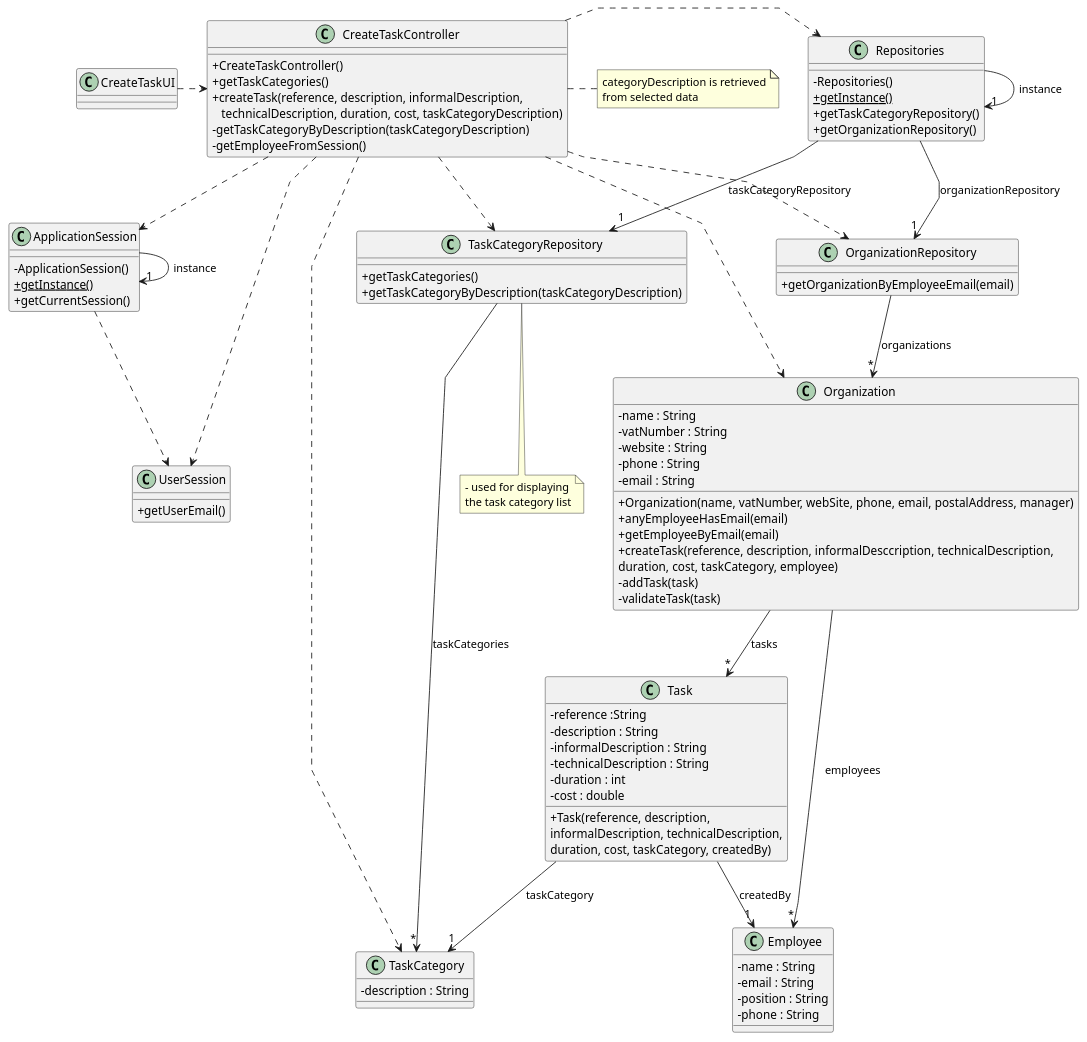
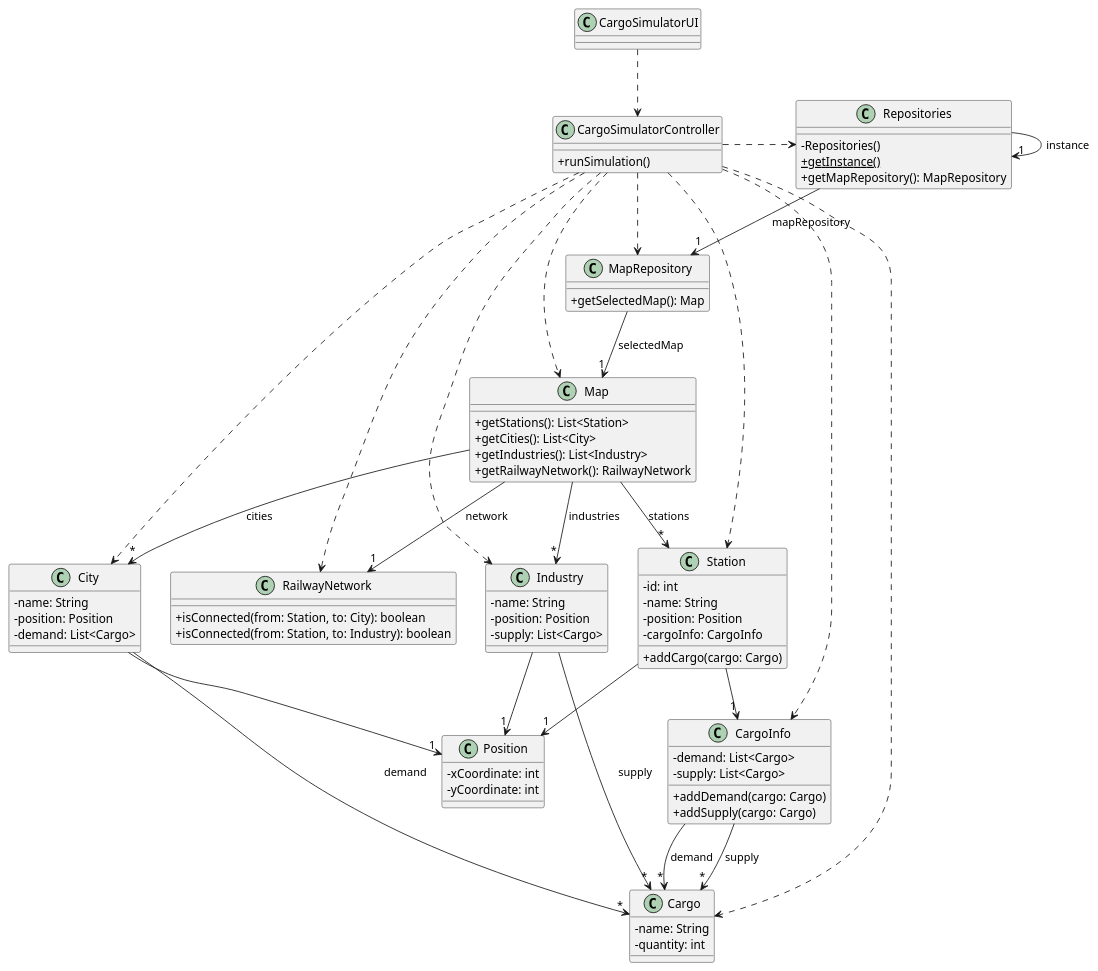
Before and after one commit to 1240935/pi2-railway-simulator: the diagram in Sprint2/US012/03.design/puml/US012-CD.puml, drawn with PlantUML.

Commit message:
US012-CD.puml finished

```diff
--- a/Sprint2/US012/03.design/puml/US012-CD.puml
+++ b/Sprint2/US012/03.design/puml/US012-CD.puml
@@ -1,126 +1,101 @@
 @startuml
-'skinparam monochrome true
-skinparam packageStyle rectangle
-skinparam shadowing false
-skinparam linetype polyline
-'skinparam linetype orto
-
 skinparam classAttributeIconSize 0
 
-'left to right direction
-
-class ApplicationSession
-{
-    - ApplicationSession()
-    + {static} getInstance()
-    + getCurrentSession()
+class CargoSimulatorUI {
 }
 
-class UserSession
-{
-    + getUserEmail()
-}
-
-class Employee {
-    - name : String
-    - email : String
-    - position : String
-    - phone : String
-}
-
-class Task {
-    - reference :String
-    - description : String
-    - informalDescription : String
-    - technicalDescription : String
-    - duration : int
-    - cost : double
-
-    + Task(reference, description,\ninformalDescription, technicalDescription,\nduration, cost, taskCategory, createdBy)
-}
-
-class TaskCategory {
-    - description : String
-}
-
-class Organization {
-    - name : String
-    - vatNumber : String
-    - website : String
-    - phone : String
-    - email : String
-
-    + Organization(name, vatNumber, webSite, phone, email, postalAddress, manager)
-    + anyEmployeeHasEmail(email)
-    + getEmployeeByEmail(email)
-    + createTask(reference, description, informalDesccription, technicalDescription, \nduration, cost, taskCategory, employee)
-    - addTask(task)
-    - validateTask(task)
-}
-
-class TaskCategoryRepository {
-    + getTaskCategories()
-    + getTaskCategoryByDescription(taskCategoryDescription)
-}
-
-class OrganizationRepository {
-    + getOrganizationByEmployeeEmail(email)
+class CargoSimulatorController {
+  +runSimulation()
 }
 
 class Repositories {
-    - Repositories()
-    + {static} getInstance()
-    + getTaskCategoryRepository()
-    + getOrganizationRepository()
+  - Repositories()
+  + {static} getInstance()
+  + getMapRepository(): MapRepository
 }
 
-class CreateTaskController {
-    + CreateTaskController()
-    + getTaskCategories()
-    + createTask(reference, description, informalDescription, \n   technicalDescription, duration, cost, taskCategoryDescription)
-    - getTaskCategoryByDescription(taskCategoryDescription)
-    - getEmployeeFromSession()
+class MapRepository {
+  +getSelectedMap(): Map
 }
 
-note right of CreateTaskController
-    categoryDescription is retrieved
-    from selected data
-end note
-
-note bottom of TaskCategoryRepository
-    - used for displaying
-    the task category list
-end note
-
-class CreateTaskUI {
+class Map {
+  +getStations(): List<Station>
+  +getCities(): List<City>
+  +getIndustries(): List<Industry>
+  +getRailwayNetwork(): RailwayNetwork
 }
 
-CreateTaskUI .> CreateTaskController
+class Station {
+  - id: int
+  - name: String
+  - position: Position
+  - cargoInfo: CargoInfo
+  + addCargo(cargo: Cargo)
+}
 
-CreateTaskController ..> ApplicationSession
-CreateTaskController ..> UserSession
-CreateTaskController ..> TaskCategory
-CreateTaskController ..> TaskCategoryRepository
-CreateTaskController ..> Organization
-CreateTaskController ..> OrganizationRepository
-CreateTaskController .> Repositories
+class City {
+  - name: String
+  - position: Position
+  - demand: List<Cargo>
+}
 
+class Industry {
+  - name: String
+  - position: Position
+  - supply: List<Cargo>
+}
+
+class Position {
+  - xCoordinate: int
+  - yCoordinate: int
+}
+
+class RailwayNetwork {
+  +isConnected(from: Station, to: City): boolean
+  +isConnected(from: Station, to: Industry): boolean
+}
+
+class CargoInfo {
+  - demand: List<Cargo>
+  - supply: List<Cargo>
+  + addDemand(cargo: Cargo)
+  + addSupply(cargo: Cargo)
+}
+
+class Cargo {
+  - name: String
+  - quantity: int
+}
+
+CargoSimulatorUI ..> CargoSimulatorController
+CargoSimulatorController .> Repositories
+CargoSimulatorController ..> MapRepository
+CargoSimulatorController ..> Map
+CargoSimulatorController ..> Station
+CargoSimulatorController ..> City
+CargoSimulatorController ..> Industry
+CargoSimulatorController ..> RailwayNetwork
+CargoSimulatorController ..> Cargo
+CargoSimulatorController ..> CargoInfo
+
+Repositories --> "1" MapRepository : mapRepository
 Repositories -> "1" Repositories : instance
-Repositories --> "1" OrganizationRepository : organizationRepository
-Repositories -> "1" TaskCategoryRepository : taskCategoryRepository
 
-ApplicationSession -> "1" ApplicationSession : instance
-ApplicationSession ..> UserSession
+MapRepository --> "1" Map : selectedMap
+Map --> "*" Station : stations
+Map --> "*" City : cities
+Map --> "*" Industry : industries
+Map --> "1" RailwayNetwork : network
 
-TaskCategoryRepository --> "*" TaskCategory : taskCategories
+Station --> "1" Position
+City --> "1" Position
+Industry --> "1" Position
 
-OrganizationRepository --> "*" Organization : organizations
+Station --> "1" CargoInfo
+CargoInfo --> "*" Cargo : demand
+CargoInfo --> "*" Cargo : supply
 
-Organization --> "*" Task : tasks
-Organization --> "*" Employee : employees
-
-Task --> "1" TaskCategory : taskCategory
-Task --> "1" Employee : createdBy
-
+City --> "*" Cargo : demand
+Industry --> "*" Cargo : supply
 
 @enduml
```
